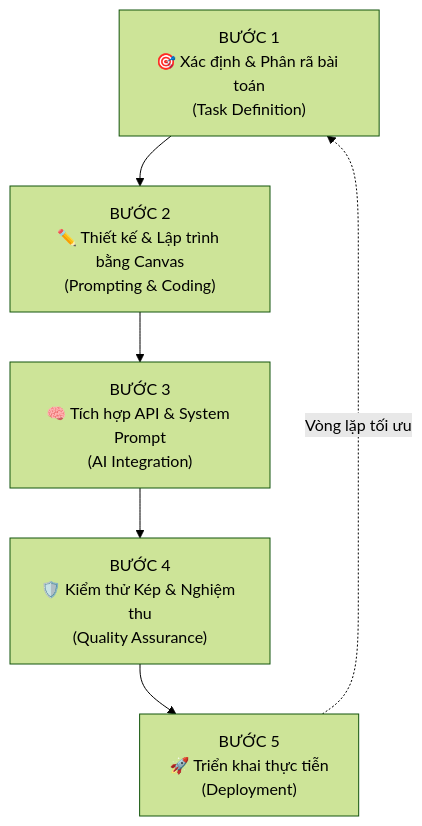
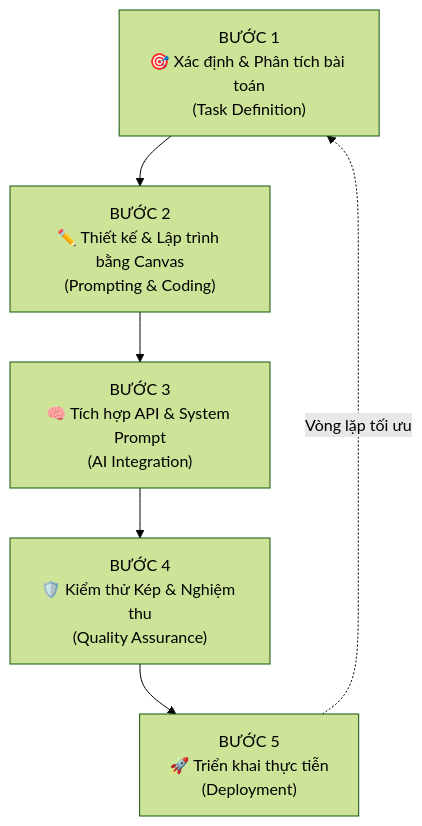
Before and after one commit to danghoangsqtt-sys/ai-maker-doc: the second of 4 diagrams in src/content/raw_data.md, drawn with Mermaid (forest theme). The commit also changed other lines of this file and 4 other files, not shown here.

````diff
--- a/src/content/raw_data.md
+++ b/src/content/raw_data.md
@@ -87,9 +87,9 @@
 ```mermaid
 flowchart TD
-    B1["BƯỚC 1\n🎯 Xác định & Phân rã bài toán\n(Task Definition)"]
+    B1["BƯỚC 1\n🎯 Xác định & Phân tích bài toán\n(Task Definition)"]
     --> B2["BƯỚC 2\n✏️ Thiết kế & Lập trình bằng Canvas\n(Prompting & Coding)"]
     --> B3["BƯỚC 3\n🧠 Tích hợp API & System Prompt\n(AI Integration)"]
     --> B4["BƯỚC 4\n🛡️ Kiểm thử Kép & Nghiệm thu\n(Quality Assurance)"]
     --> B5["BƯỚC 5\n🚀 Triển khai thực tiễn\n(Deployment)"]
     B5 -.->|Vòng lặp tối ưu| B1
 ```
````
